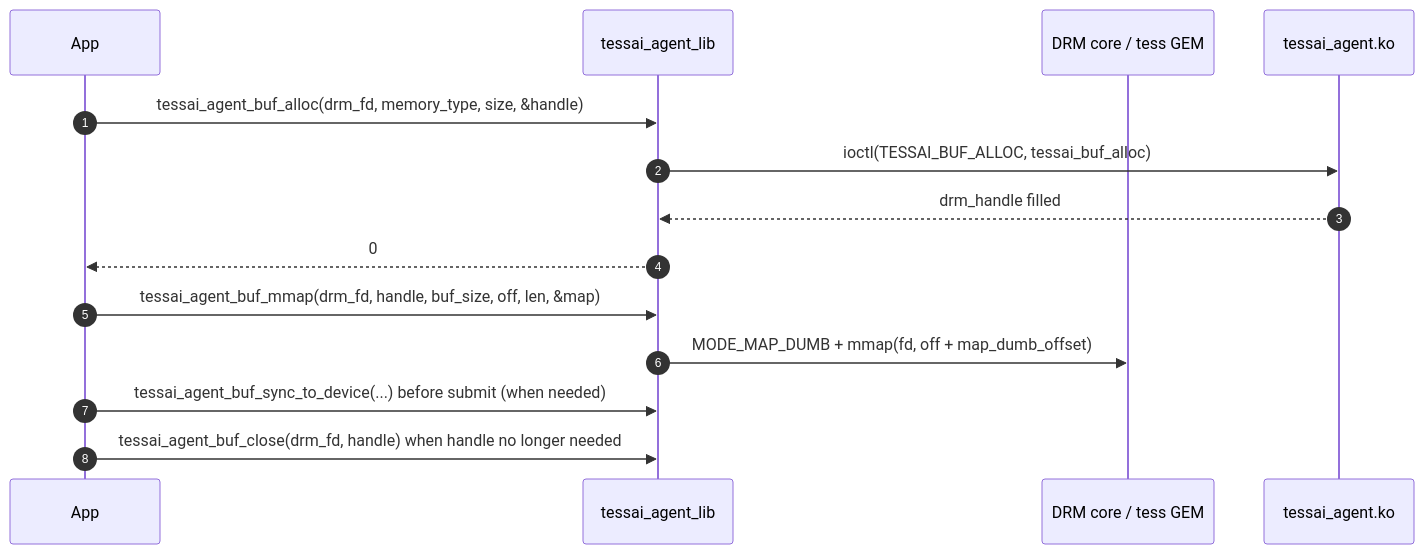
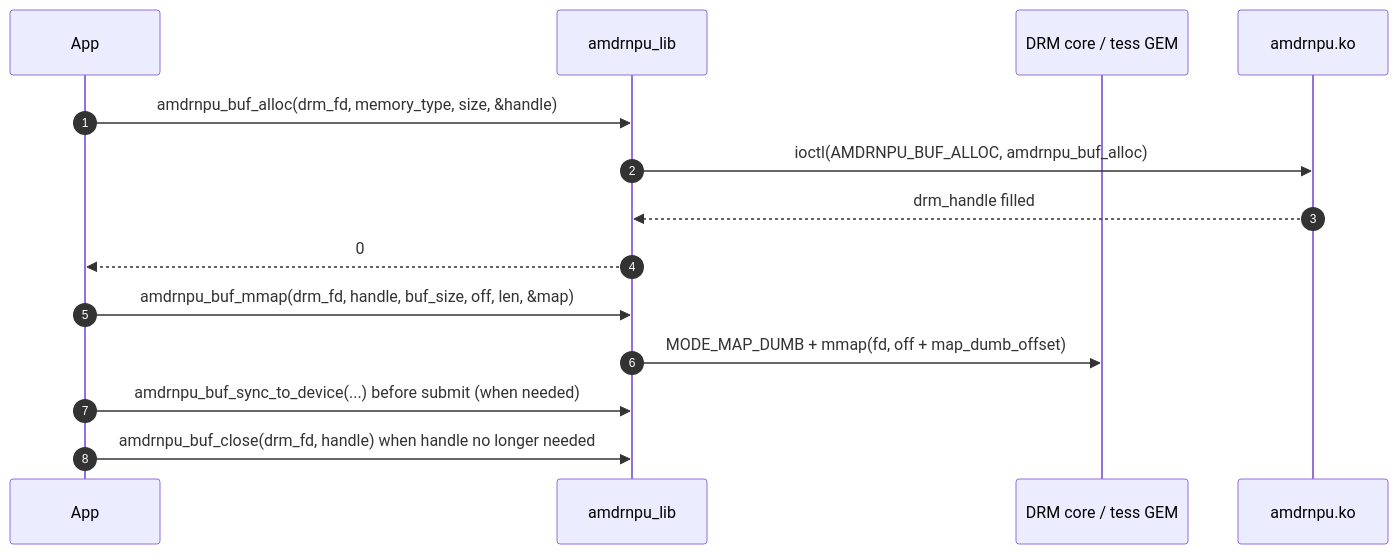
One commit to Xilinx/amdrnpu changed the first of 3 diagrams in docs/lib-userspace-flow.md. Above: the diagram before and after it, drawn with Mermaid. The commit also changed other lines of this file and 107 other files, not shown here.

Commit message:
Change all tessai references to amdrnpu

````diff
--- a/docs/lib-userspace-flow.md
+++ b/docs/lib-userspace-flow.md
@@ -39,18 +39,18 @@
 ```mermaid
 sequenceDiagram
     autonumber
     participant App
-    participant Lib as tessai_agent_lib
+    participant Lib as amdrnpu_lib
     participant DRM as DRM core / tess GEM
-    participant K as tessai_agent.ko
+    participant K as amdrnpu.ko
 
-    App->>Lib: tessai_agent_buf_alloc(drm_fd, memory_type, size, &handle)
-    Lib->>K: ioctl(TESSAI_BUF_ALLOC, tessai_buf_alloc)
+    App->>Lib: amdrnpu_buf_alloc(drm_fd, memory_type, size, &handle)
+    Lib->>K: ioctl(AMDRNPU_BUF_ALLOC, amdrnpu_buf_alloc)
     K-->>Lib: drm_handle filled
     Lib-->>App: 0
 
-    App->>Lib: tessai_agent_buf_mmap(drm_fd, handle, buf_size, off, len, &map)
+    App->>Lib: amdrnpu_buf_mmap(drm_fd, handle, buf_size, off, len, &map)
     Lib->>DRM: MODE_MAP_DUMB + mmap(fd, off + map_dumb_offset)
-    App->>Lib: tessai_agent_buf_sync_to_device(...) before submit (when needed)
-    App->>Lib: tessai_agent_buf_close(drm_fd, handle) when handle no longer needed
+    App->>Lib: amdrnpu_buf_sync_to_device(...) before submit (when needed)
+    App->>Lib: amdrnpu_buf_close(drm_fd, handle) when handle no longer needed
 ```
````
